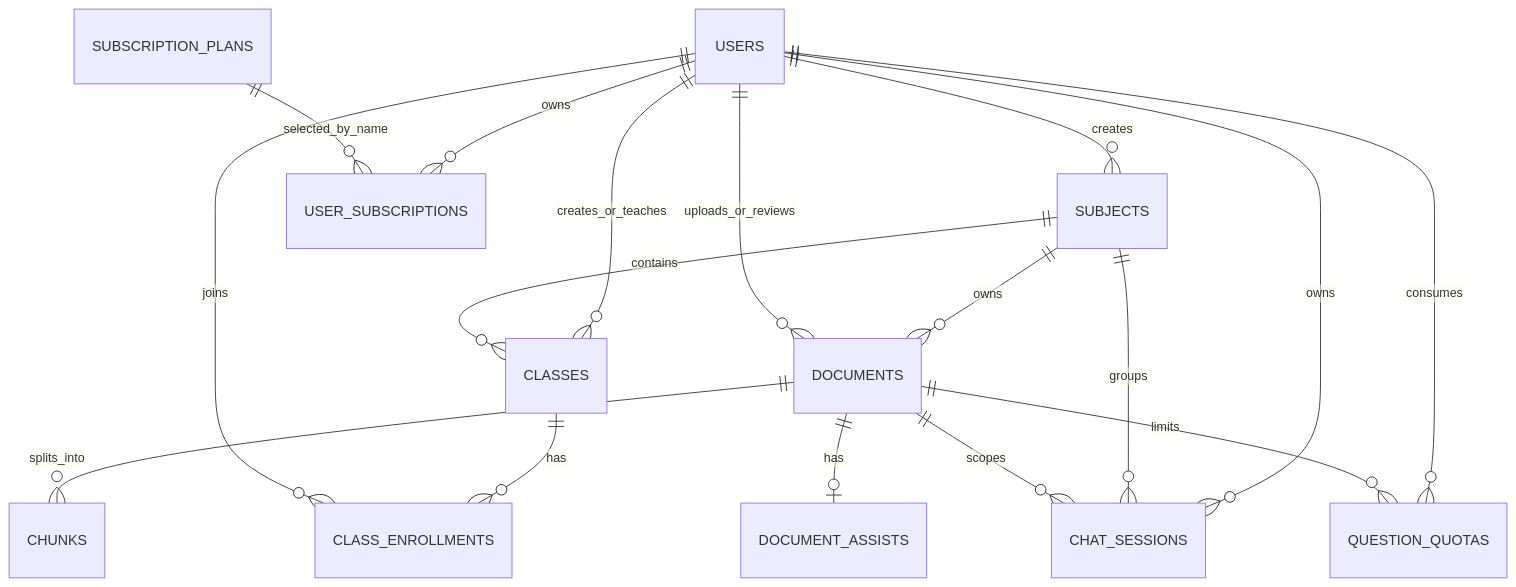
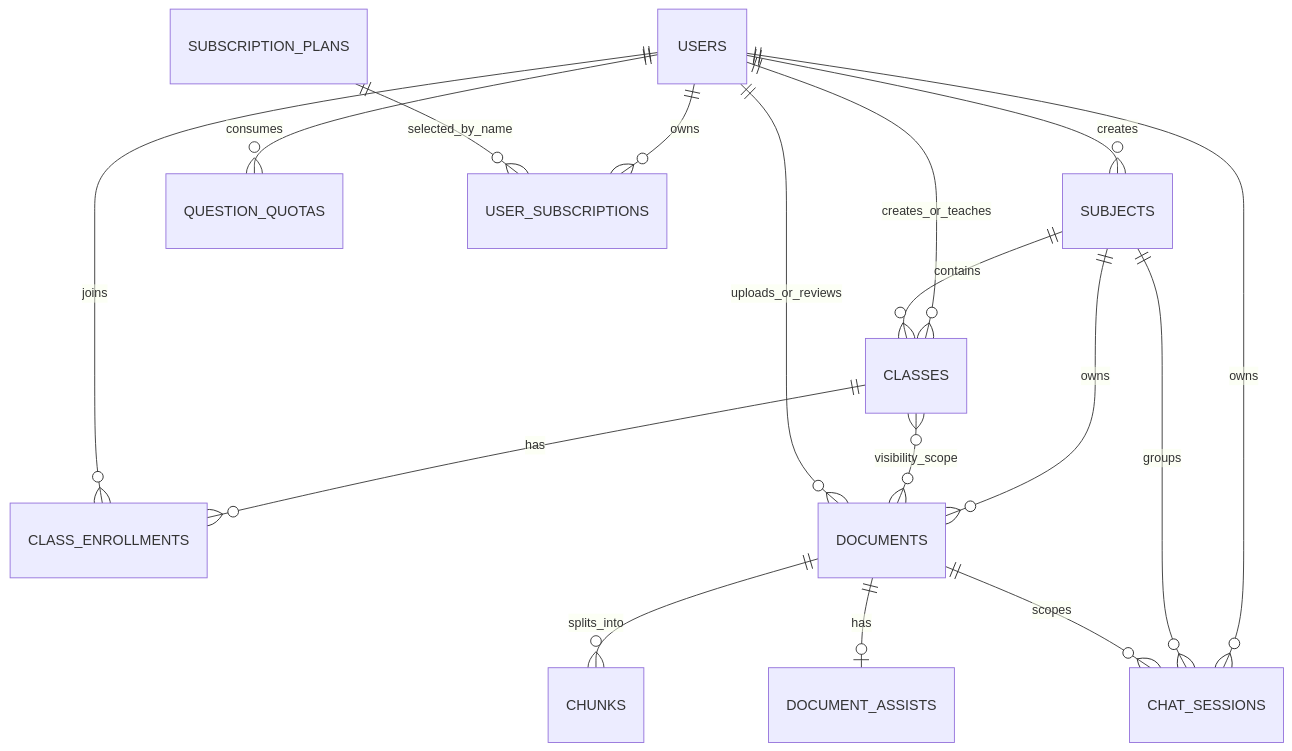
The diagram in docs/erd-explanation.md (Quanhpm/SWD392-chatbot), drawn with Mermaid before and after one commit. The commit also changed other lines of this file and 63 other files, not shown here.

````diff
--- a/docs/erd-explanation.md
+++ b/docs/erd-explanation.md
@@ -32,22 +32,22 @@
 ```mermaid
 erDiagram
     USERS ||--o{ SUBJECTS : creates
     USERS ||--o{ CLASSES : creates_or_teaches
     SUBJECTS ||--o{ CLASSES : contains
     CLASSES ||--o{ CLASS_ENROLLMENTS : has
     USERS ||--o{ CLASS_ENROLLMENTS : joins
 
     SUBJECTS ||--o{ DOCUMENTS : owns
+    CLASSES }o--o{ DOCUMENTS : visibility_scope
     USERS ||--o{ DOCUMENTS : uploads_or_reviews
     DOCUMENTS ||--o{ CHUNKS : splits_into
     DOCUMENTS ||--o| DOCUMENT_ASSISTS : has
 
     USERS ||--o{ CHAT_SESSIONS : owns
     SUBJECTS ||--o{ CHAT_SESSIONS : groups
     DOCUMENTS ||--o{ CHAT_SESSIONS : scopes
     USERS ||--o{ QUESTION_QUOTAS : consumes
-    DOCUMENTS ||--o{ QUESTION_QUOTAS : limits
 
     USERS ||--o{ USER_SUBSCRIPTIONS : owns
     SUBSCRIPTION_PLANS ||--o{ USER_SUBSCRIPTIONS : selected_by_name
 ```
````
